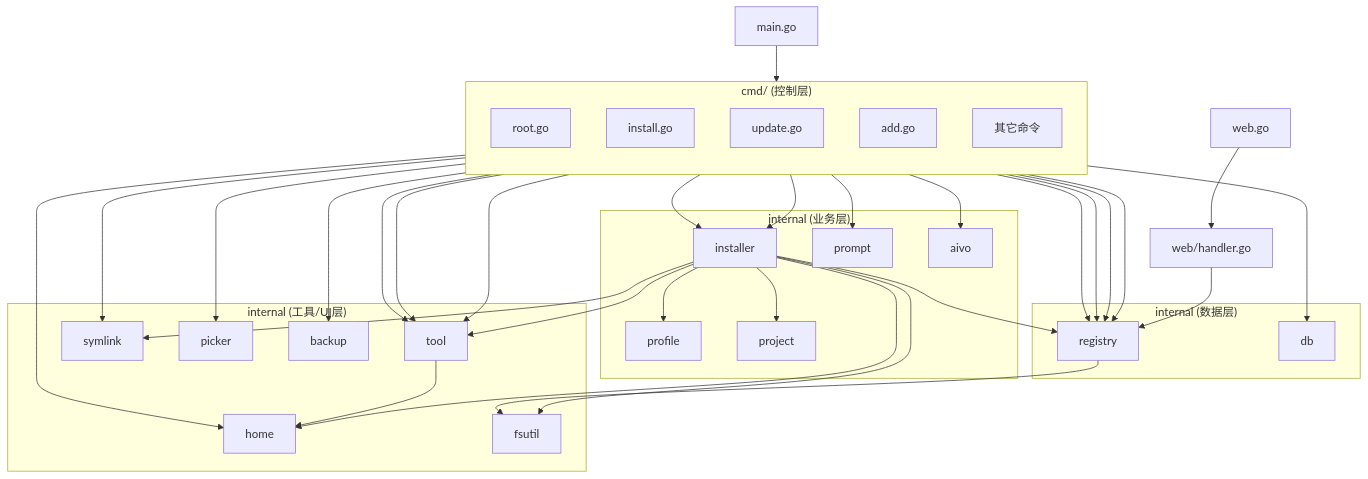
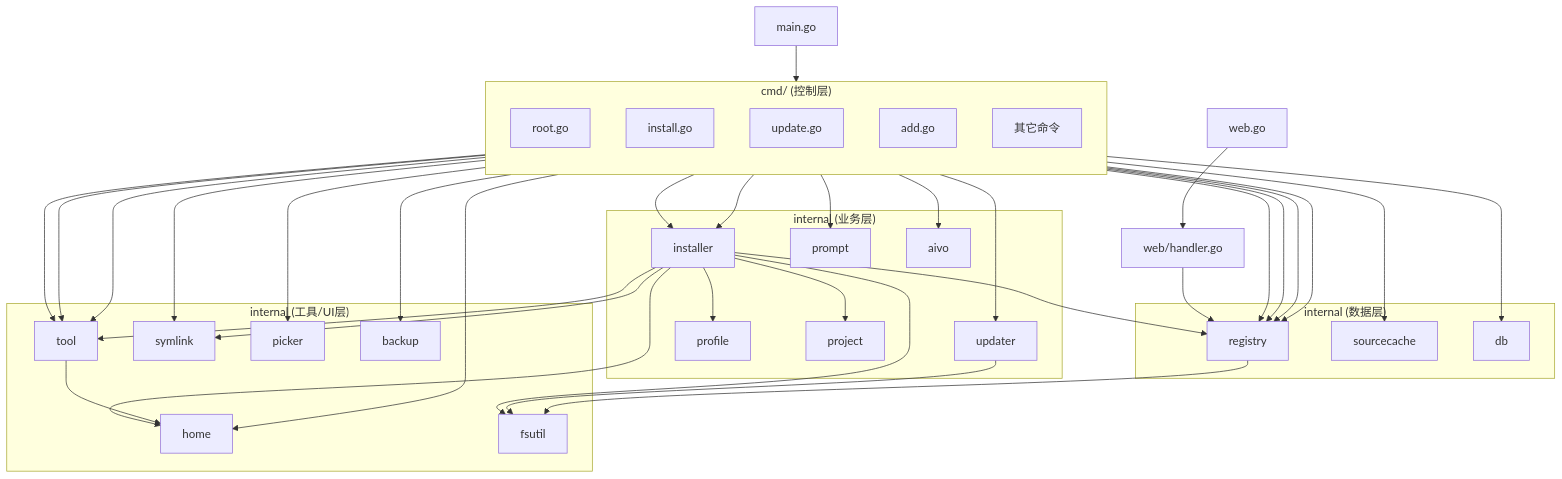
Before and after one commit to woyin/SkillsManager: the diagram in PROJECT_INDEX.md, drawn with Mermaid. The commit also changed other lines of this file and 16 other files, not shown here.

Commit message:
refactor(installer): extract placement and update flows

````diff
--- a/PROJECT_INDEX.md
+++ b/PROJECT_INDEX.md
@@ -62,68 +64,73 @@
 ```mermaid
 graph TB
   main[main.go]
   subgraph Cmd["cmd/ (控制层)"]
     direction TB
     root[root.go]
     install[install.go]
     update[update.go]
     add[add.go]
     otherCmd[其它命令]
   end
 
   subgraph Business["internal (业务层)"]
     installer[installer]
+    updater[updater]
     profile[profile]
     project[project]
     prompt[prompt]
     aivo[aivo]
   end
 
   subgraph Data["internal (数据层)"]
     registry[registry]
+    sourcecache[sourcecache]
     db[db]
   end
 
   subgraph Util["internal (工具/UI层)"]
     tool[tool]
     home[home]
     fsutil[fsutil]
     symlink[symlink]
     picker[picker]
     backup[backup]
   end
 
   web[web/handler.go]
 
   main --> root
   root --> installer
   install --> installer
   install --> registry
   install --> tool
   update --> registry
+  update --> updater
   update --> symlink
   update --> tool
   add --> registry
+  add --> sourcecache
   otherCmd --> registry
   otherCmd --> tool
   otherCmd --> home
 
   installer --> registry
   installer --> profile
   installer --> project
   installer --> tool
   installer --> symlink
   installer --> fsutil
   installer --> home
+  updater --> fsutil
 
   registry --> fsutil
   tool --> home
 
   web --> registry
   cmd_web[web.go] --> web
   otherCmd --> db
   otherCmd --> picker
   otherCmd --> backup
   otherCmd --> aivo
   otherCmd --> prompt
 ```
````
